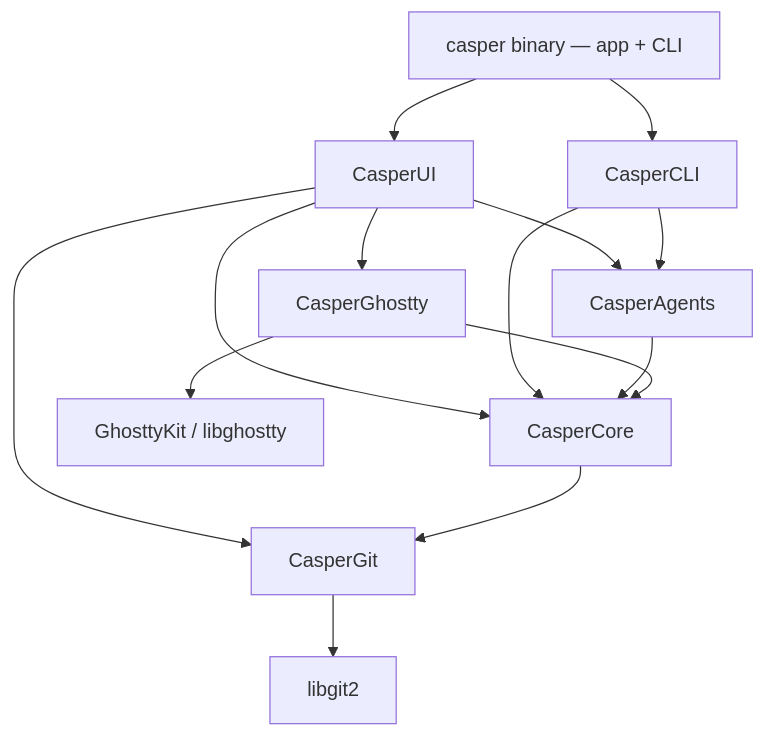
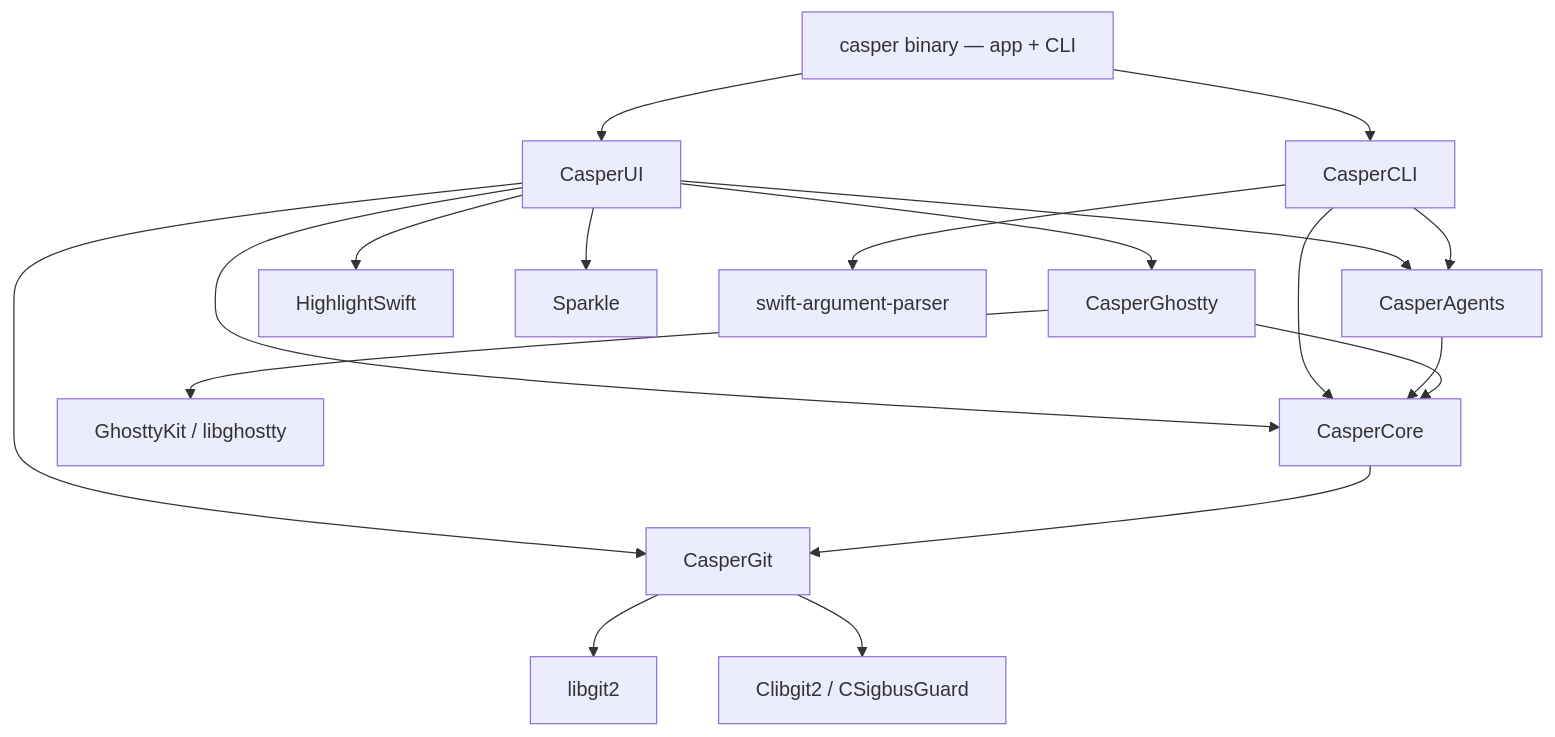
Before and after one commit to alexandreroman/casper: the diagram in README.md, drawn with Mermaid. The commit also changed other lines of this file, not shown here.

````diff
--- a/README.md
+++ b/README.md
@@ -248,16 +333,20 @@
 ```mermaid
 flowchart TD
     App[casper binary — app + CLI] --> UI[CasperUI]
     App --> CLI[CasperCLI]
     UI --> Core[CasperCore]
     UI --> Git[CasperGit]
     UI --> Ghostty[CasperGhostty]
     UI --> Agents[CasperAgents]
+    UI --> HL[HighlightSwift]
+    UI --> SP[Sparkle]
     CLI --> Core
     CLI --> Agents
+    CLI --> AP[swift-argument-parser]
     Agents --> Core
     Ghostty --> Core
     Ghostty --> GK[GhosttyKit / libghostty]
     Core --> Git
     Git --> LG[libgit2]
+    Git --> Shims[Clibgit2 / CSigbusGuard]
 ```
````
